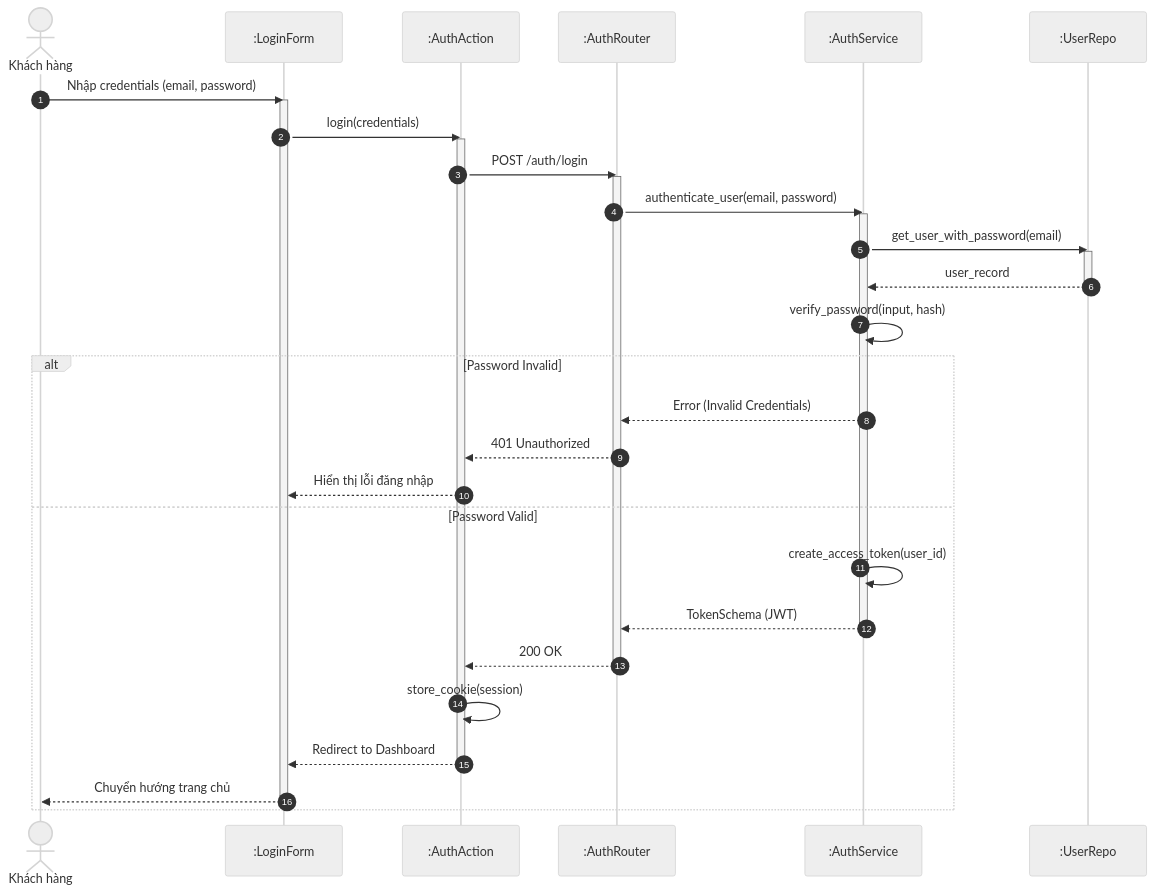
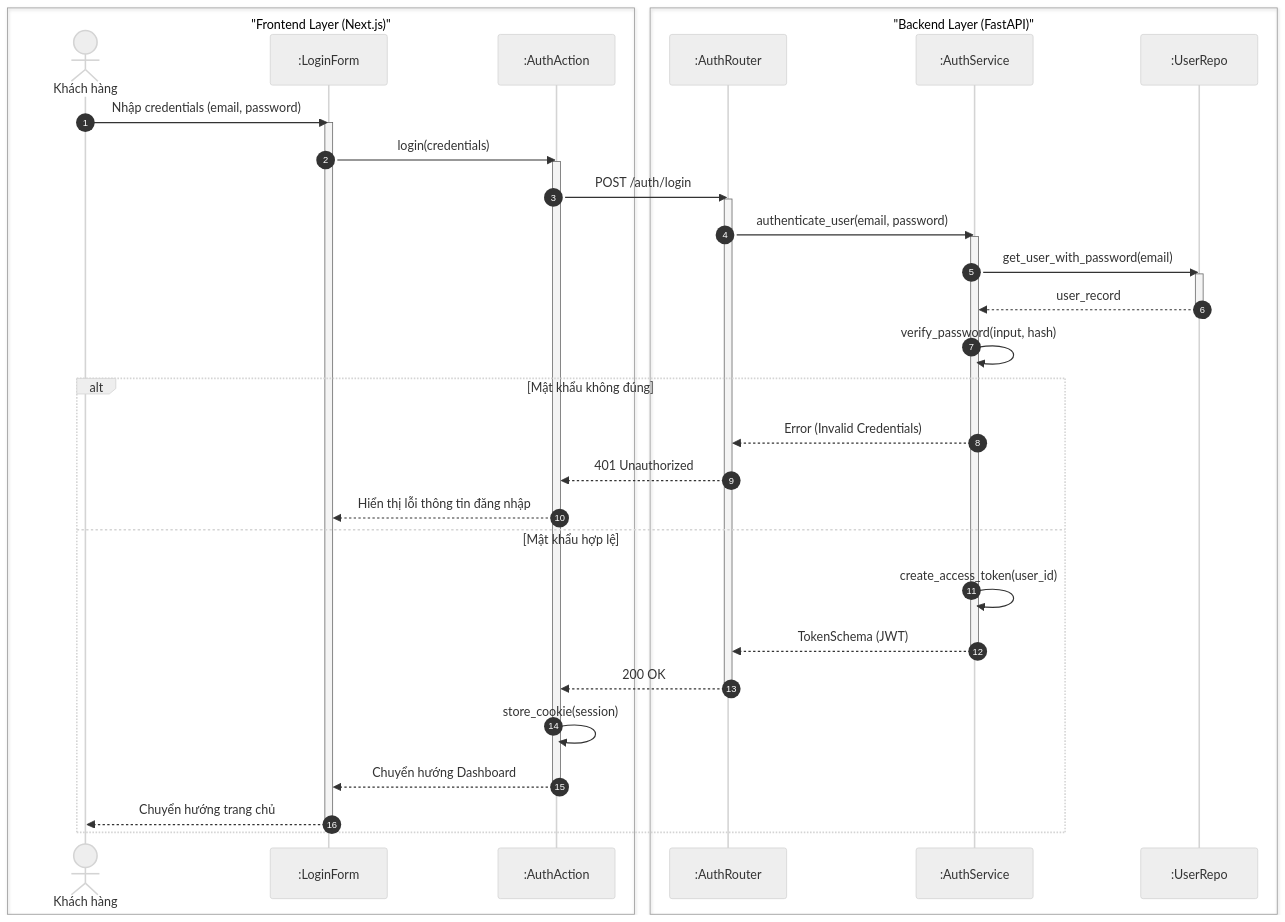
One commit to ngoctinn/Synapse changed the third of 8 diagrams in docs/design/sequences/authentication.md. Above: the diagram before and after it, drawn with Mermaid (neutral theme). The commit also changed other lines of this file and 4 other files, not shown here.

Commit message:
docs: Add initial sequence diagrams for authentication, customer, technician, receptionist, and admin flows.

````diff
--- a/docs/design/sequences/authentication.md
+++ b/docs/design/sequences/authentication.md
@@ -126,48 +136,53 @@
 ```mermaid
 sequenceDiagram
     autonumber
-    actor KH as Khách hàng
-    participant UI as :LoginForm
-    participant BFF as :AuthAction
-    participant API as :AuthRouter
-    participant S as :AuthService
-    participant DB as :UserRepo
+    box "Frontend Layer (Next.js)"
+        actor KH as Khách hàng
+        participant UI as :LoginForm
+        participant BFF as :AuthAction
+    end
+
+    box "Backend Layer (FastAPI)"
+        participant API as :AuthRouter
+        participant S as :AuthService
+        participant DB as :UserRepo
+    end
 
     KH->>UI: Nhập credentials (email, password)
     activate UI
     UI->>BFF: login(credentials)
     activate BFF
 
     BFF->>API: POST /auth/login
     activate API
 
     API->>S: authenticate_user(email, password)
     activate S
 
     S->>DB: get_user_with_password(email)
     activate DB
     DB-->>S: user_record
     deactivate DB
 
     S->>S: verify_password(input, hash)
 
-    alt Password Invalid
+    alt Mật khẩu không đúng
         S-->>API: Error (Invalid Credentials)
         API-->>BFF: 401 Unauthorized
-        BFF-->>UI: Hiển thị lỗi đăng nhập
-    else Password Valid
+        BFF-->>UI: Hiển thị lỗi thông tin đăng nhập
+    else Mật khẩu hợp lệ
         S->>S: create_access_token(user_id)
         S-->>API: TokenSchema (JWT)
         deactivate S
 
         API-->>BFF: 200 OK
         deactivate API
 
         BFF->>BFF: store_cookie(session)
-        BFF-->>UI: Redirect to Dashboard
+        BFF-->>UI: Chuyển hướng Dashboard
         deactivate BFF
 
         UI-->>KH: Chuyển hướng trang chủ
         deactivate UI
     end
 ```
````
